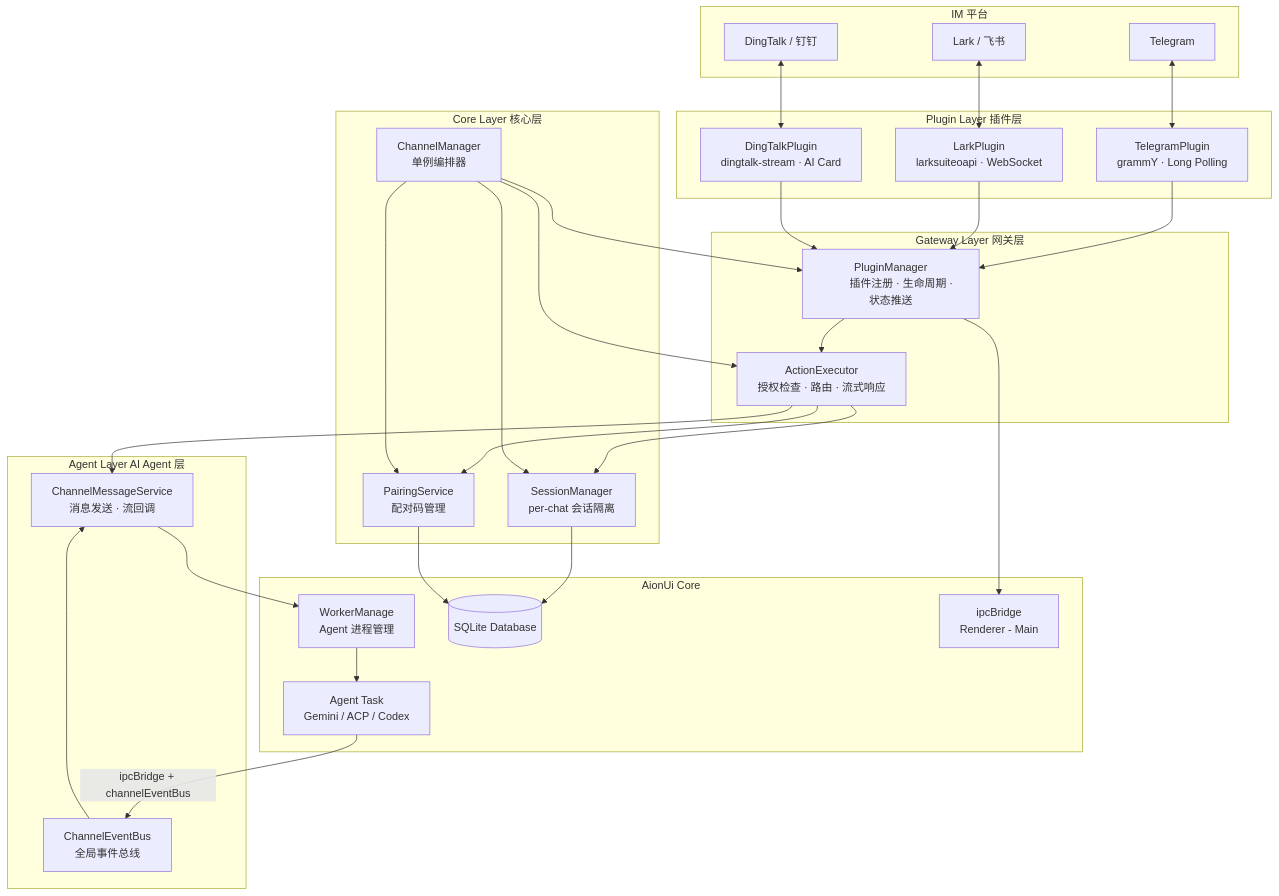
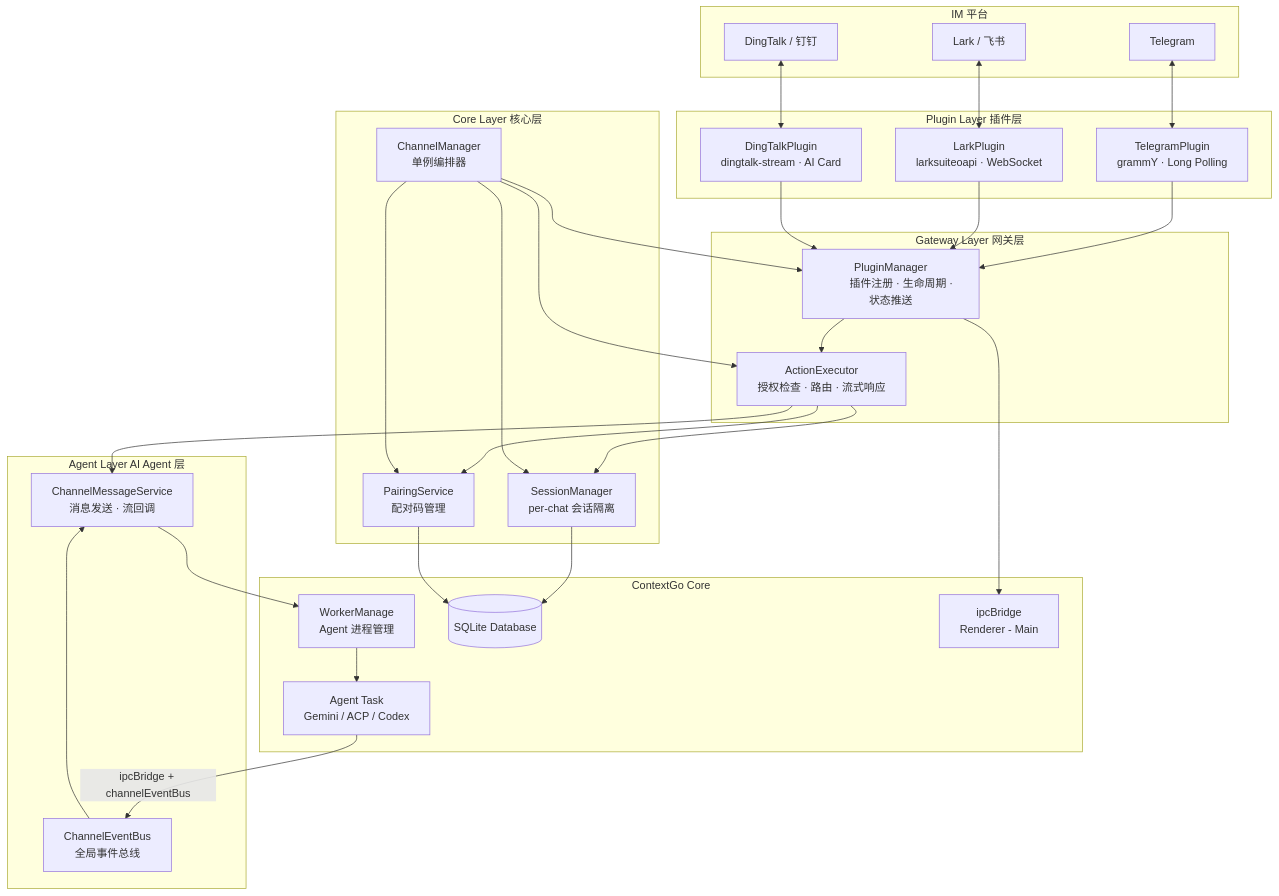
Before and after one commit to contextgo/contextgo: the first of 2 diagrams in src/process/channels/ARCHITECTURE.md, drawn with Mermaid. The commit also changed other lines of this file and 14 other files, not shown here.

````diff
--- a/src/process/channels/ARCHITECTURE.md
+++ b/src/process/channels/ARCHITECTURE.md
@@ -84,77 +84,77 @@
 ```mermaid
 graph TB
     subgraph "IM 平台"
         TG[Telegram]
         LK[Lark / 飞书]
         DT[DingTalk / 钉钉]
     end
 
     subgraph "Plugin Layer 插件层"
         TP["TelegramPlugin
         grammY · Long Polling"]
         LP["LarkPlugin
         larksuiteoapi · WebSocket"]
         DP["DingTalkPlugin
         dingtalk-stream · AI Card"]
     end
 
     subgraph "Gateway Layer 网关层"
         PM["PluginManager
         插件注册 · 生命周期 · 状态推送"]
         AE["ActionExecutor
         授权检查 · 路由 · 流式响应"]
     end
 
     subgraph "Core Layer 核心层"
         CM["ChannelManager
         单例编排器"]
         SM["SessionManager
         per-chat 会话隔离"]
         PS["PairingService
         配对码管理"]
     end
 
     subgraph "Agent Layer AI Agent 层"
         CMS["ChannelMessageService
         消息发送 · 流回调"]
         CEB["ChannelEventBus
         全局事件总线"]
     end
 
-    subgraph "AionUi Core"
+    subgraph "ContextGo Core"
         WM["WorkerManage
         Agent 进程管理"]
         AGT["Agent Task
         Gemini / ACP / Codex"]
         DB[("SQLite Database")]
         IPC["ipcBridge
         Renderer - Main"]
     end
 
     TG <--> TP
     LK <--> LP
     DT <--> DP
 
     TP --> PM
     LP --> PM
     DP --> PM
 
     PM --> AE
     AE --> SM
     AE --> PS
     AE --> CMS
 
     CM --> PM
     CM --> SM
     CM --> PS
     CM --> AE
 
     CMS --> WM
     WM --> AGT
     AGT -->|"ipcBridge + channelEventBus"| CEB
     CEB --> CMS
 
     SM --> DB
     PS --> DB
     PM --> IPC
 ```
````
